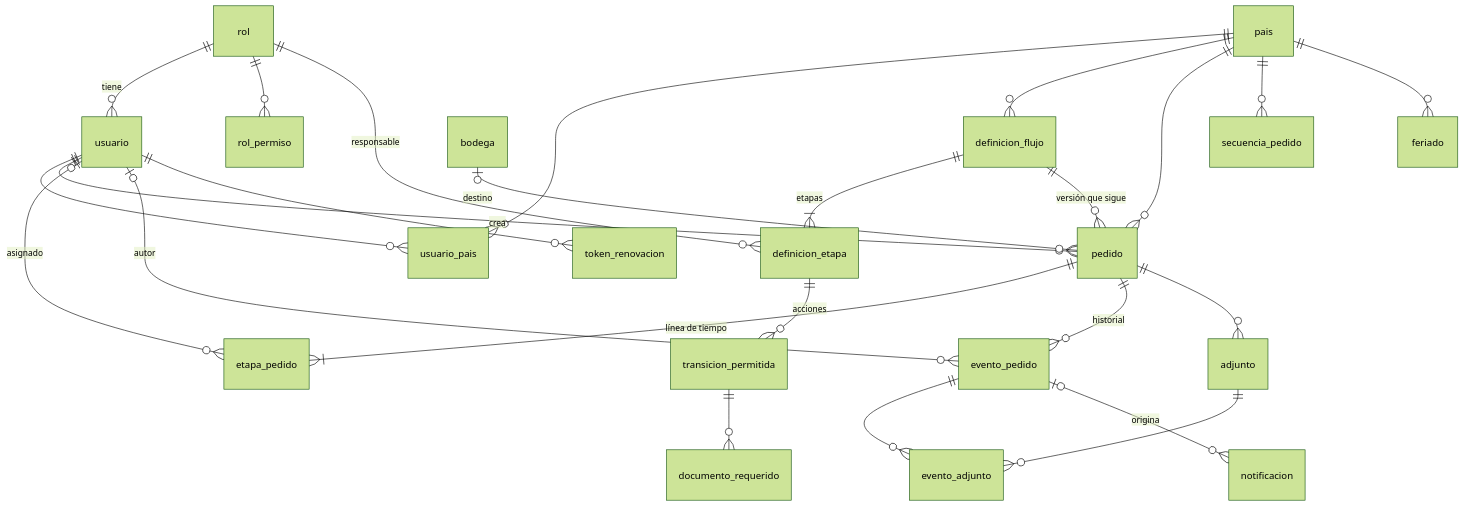
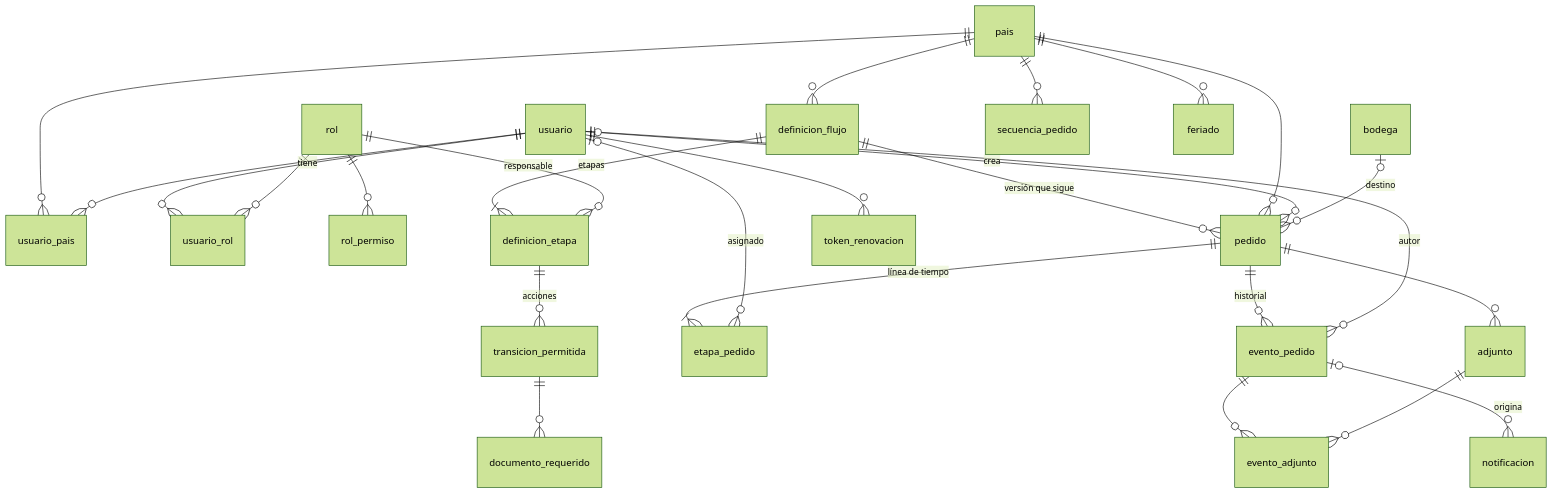
One commit to ravivanco/decokasa-flow-products changed the diagram in documentos/modelo-datos.md. Above: the diagram before and after it, drawn with Mermaid (forest theme). The commit also changed other lines of this file and 11 other files, not shown here.

````diff
--- a/documentos/modelo-datos.md
+++ b/documentos/modelo-datos.md
@@ -26,27 +26,28 @@
 ```mermaid
 erDiagram
   pais ||--o{ usuario_pais : ""
   usuario ||--o{ usuario_pais : ""
-  rol ||--o{ usuario : "tiene"
+  usuario ||--o{ usuario_rol : "tiene"
+  rol ||--o{ usuario_rol : ""
   rol ||--o{ rol_permiso : ""
   pais ||--o{ definicion_flujo : ""
   definicion_flujo ||--|{ definicion_etapa : "etapas"
   definicion_etapa ||--o{ transicion_permitida : "acciones"
   transicion_permitida ||--o{ documento_requerido : ""
   rol ||--o{ definicion_etapa : "responsable"
   definicion_flujo ||--o{ pedido : "versión que sigue"
   pais ||--o{ pedido : ""
   usuario ||--o{ pedido : "crea"
   bodega |o--o{ pedido : "destino"
   pedido ||--|{ etapa_pedido : "línea de tiempo"
   usuario |o--o{ etapa_pedido : "asignado"
   pedido ||--o{ evento_pedido : "historial"
   usuario |o--o{ evento_pedido : "autor"
   pedido ||--o{ adjunto : ""
   evento_pedido ||--o{ evento_adjunto : ""
   adjunto ||--o{ evento_adjunto : ""
   evento_pedido |o--o{ notificacion : "origina"
   pais ||--o{ secuencia_pedido : ""
   pais ||--o{ feriado : ""
   usuario ||--o{ token_renovacion : ""
 ```
````
